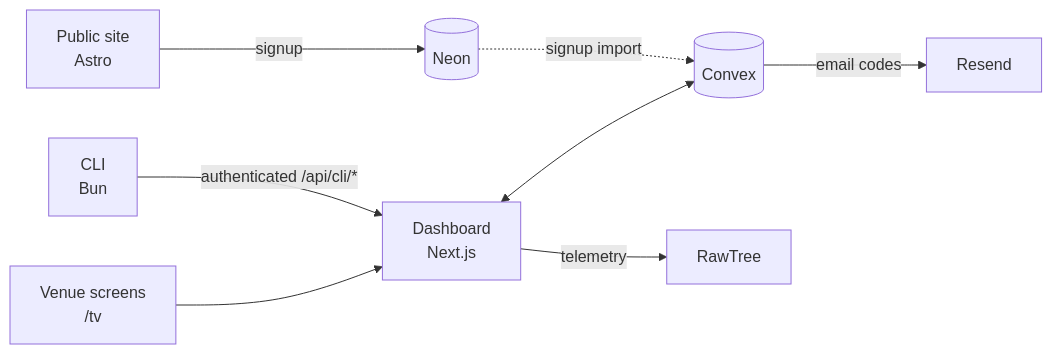
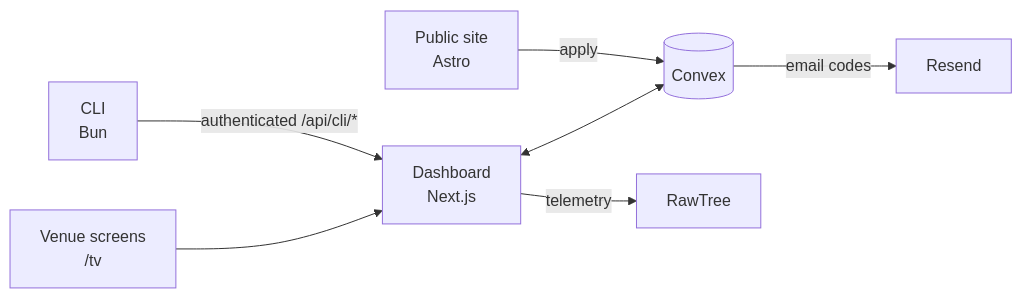
One commit to HackSpain/hackspain26 changed the diagram in README.md. Above: the diagram before and after it, drawn with Mermaid. The commit also changed other lines of this file and 174 other files, not shown here.

Commit message:
Prepare the 2027 edition with multi-edition participations, admin switching, and Convex landing writers.

````diff
--- a/README.md
+++ b/README.md
@@ -63,10 +63,9 @@
 ```mermaid
 flowchart LR
-  Landing["Public site<br/>Astro"] -->|signup| Neon[(Neon)]
-  Neon -.->|signup import| Convex[(Convex)]
+  Landing["Public site<br/>Astro"] -->|apply| Convex[(Convex)]
   Dashboard["Dashboard<br/>Next.js"] <--> Convex
   CLI["CLI<br/>Bun"] -->|"authenticated /api/cli/*"| Dashboard
   TV["Venue screens<br/>/tv"] --> Dashboard
   Convex -->|email codes| Resend[Resend]
   Dashboard -->|telemetry| RawTree[RawTree]
 ```
````
